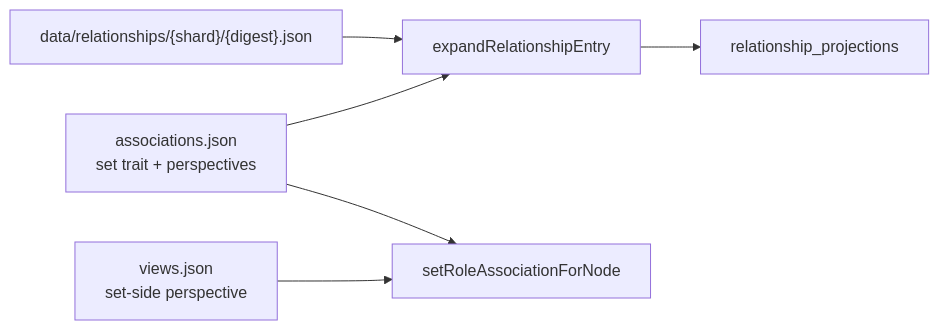
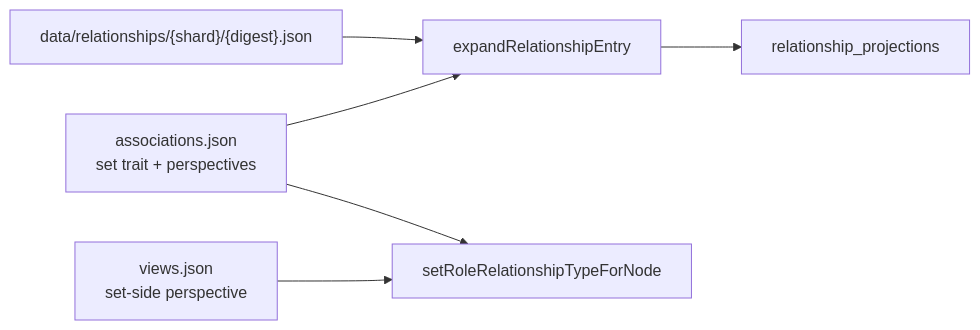
One commit to silentorb/tome changed the diagram in docs/features/sets.md. Above: the diagram before and after it, drawn with Mermaid. The commit also changed other lines of this file and 193 other files, not shown here.

````diff
--- a/docs/features/sets.md
+++ b/docs/features/sets.md
@@ -144,15 +144,15 @@
 ```mermaid
 flowchart LR
   JSON["data/relationships/{shard}/{digest}.json"]
   REG["associations.json\nset trait + perspectives"]
   VIEWS["views.json\nset-side perspective"]
   EXP["expandRelationshipEntry"]
   PROJ["relationship_projections"]
-  CTX["setRoleAssociationForNode"]
+  CTX["setRoleRelationshipTypeForNode"]
 
   JSON --> EXP
   REG --> EXP
   EXP --> PROJ
   VIEWS --> CTX
   REG --> CTX
 ```
````
